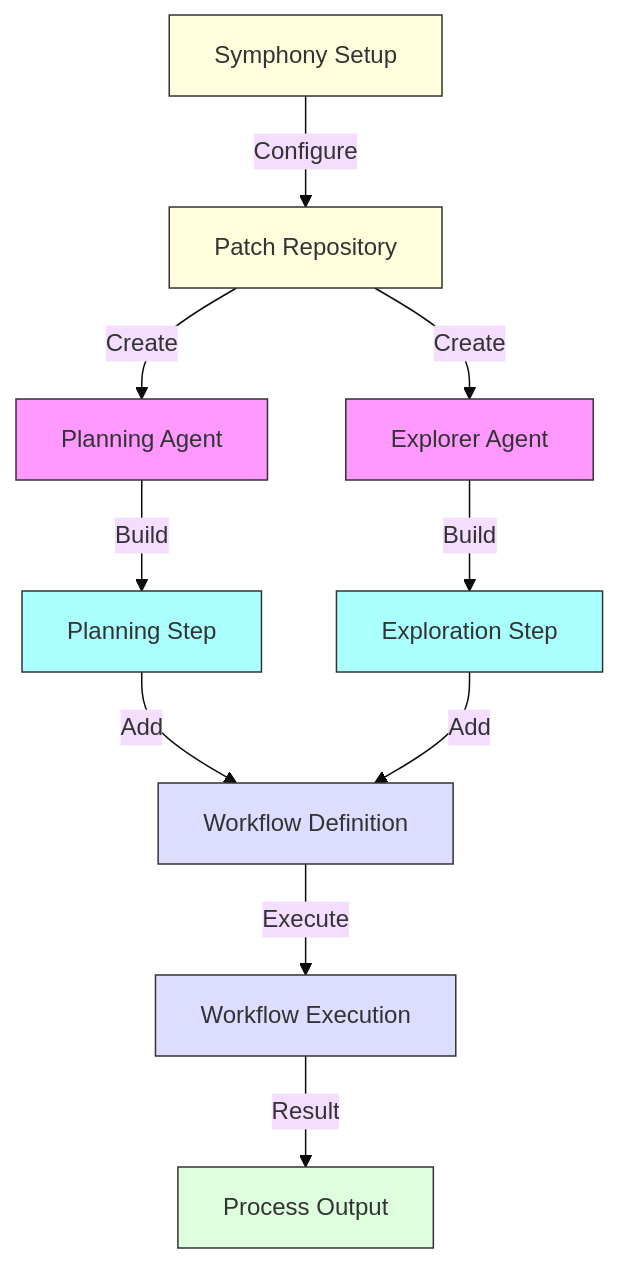
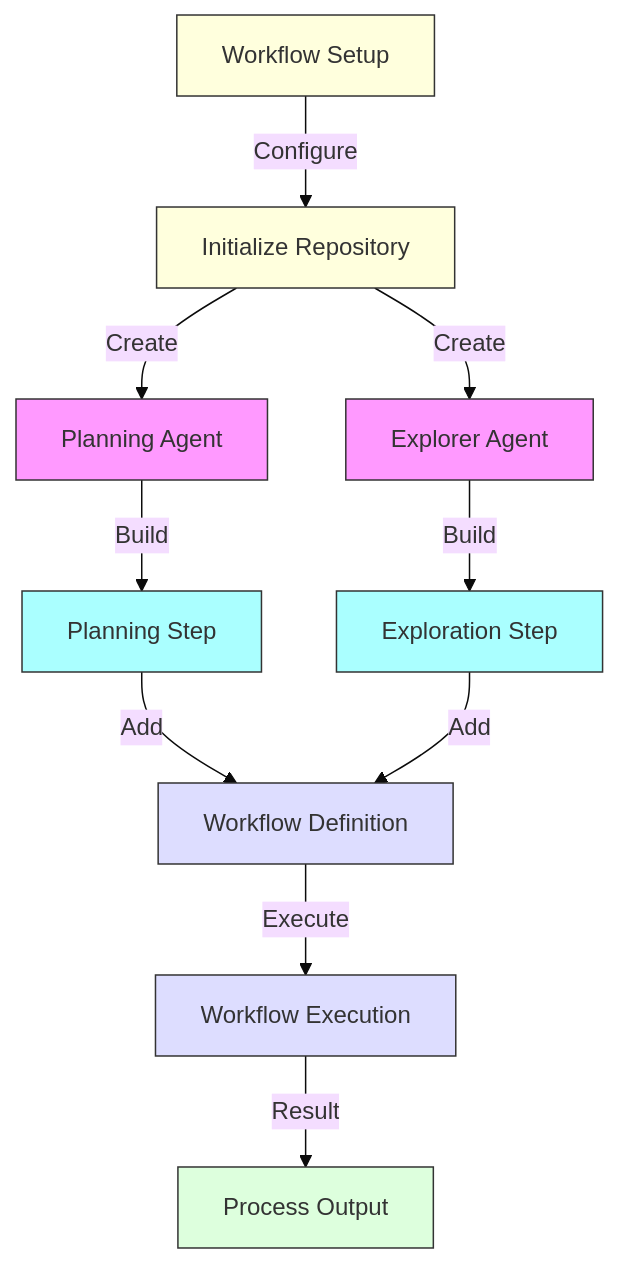
Before and after one commit to arunmenon/Symphony-Agent-Fwk: the seventh of 7 diagrams in applications/taxonomy_planner/docs/architecture.md, drawn with Mermaid (base theme). The commit also changed other lines of this file and 1 other file, not shown here.

````diff
--- a/applications/taxonomy_planner/docs/architecture.md
+++ b/applications/taxonomy_planner/docs/architecture.md
@@ -271,24 +267,24 @@
 ```mermaid
 graph TD
-    A[Symphony Setup] -->|Configure| B[Patch Repository]
+    A[Workflow Setup] -->|Configure| B[Initialize Repository]
     B -->|Create| C[Planning Agent]
     B -->|Create| D[Explorer Agent]
     C -->|Build| E[Planning Step]
     D -->|Build| F[Exploration Step]
     E -->|Add| G[Workflow Definition]
     F -->|Add| G
     G -->|Execute| H[Workflow Execution]
     H -->|Result| I[Process Output]
     
     classDef setup fill:#ffd,stroke:#333,stroke-width:1px
     classDef agent fill:#f9f,stroke:#333,stroke-width:1px
     classDef step fill:#aff,stroke:#333,stroke-width:1px
     classDef workflow fill:#ddf,stroke:#333,stroke-width:1px
     classDef output fill:#dfd,stroke:#333,stroke-width:1px
     
     class A,B setup
     class C,D agent
     class E,F step
     class G,H workflow
     class I output
 ```
````
